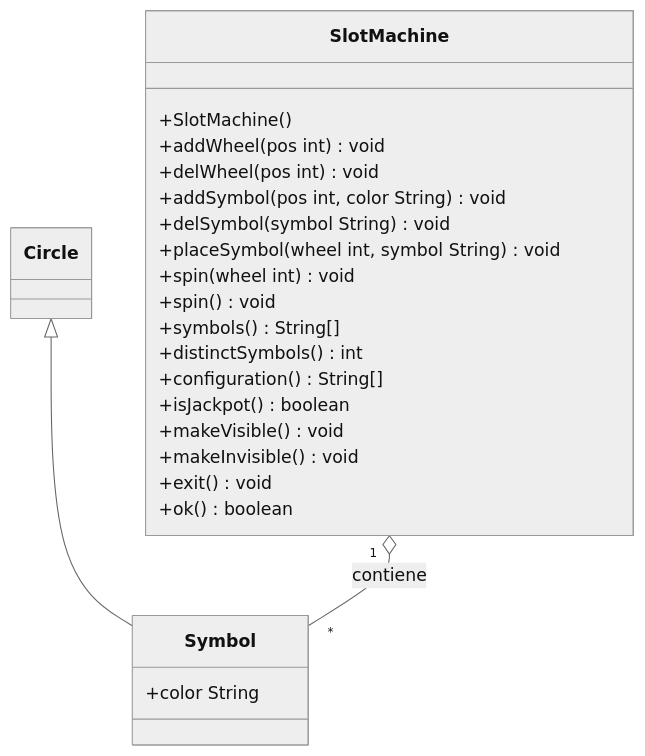
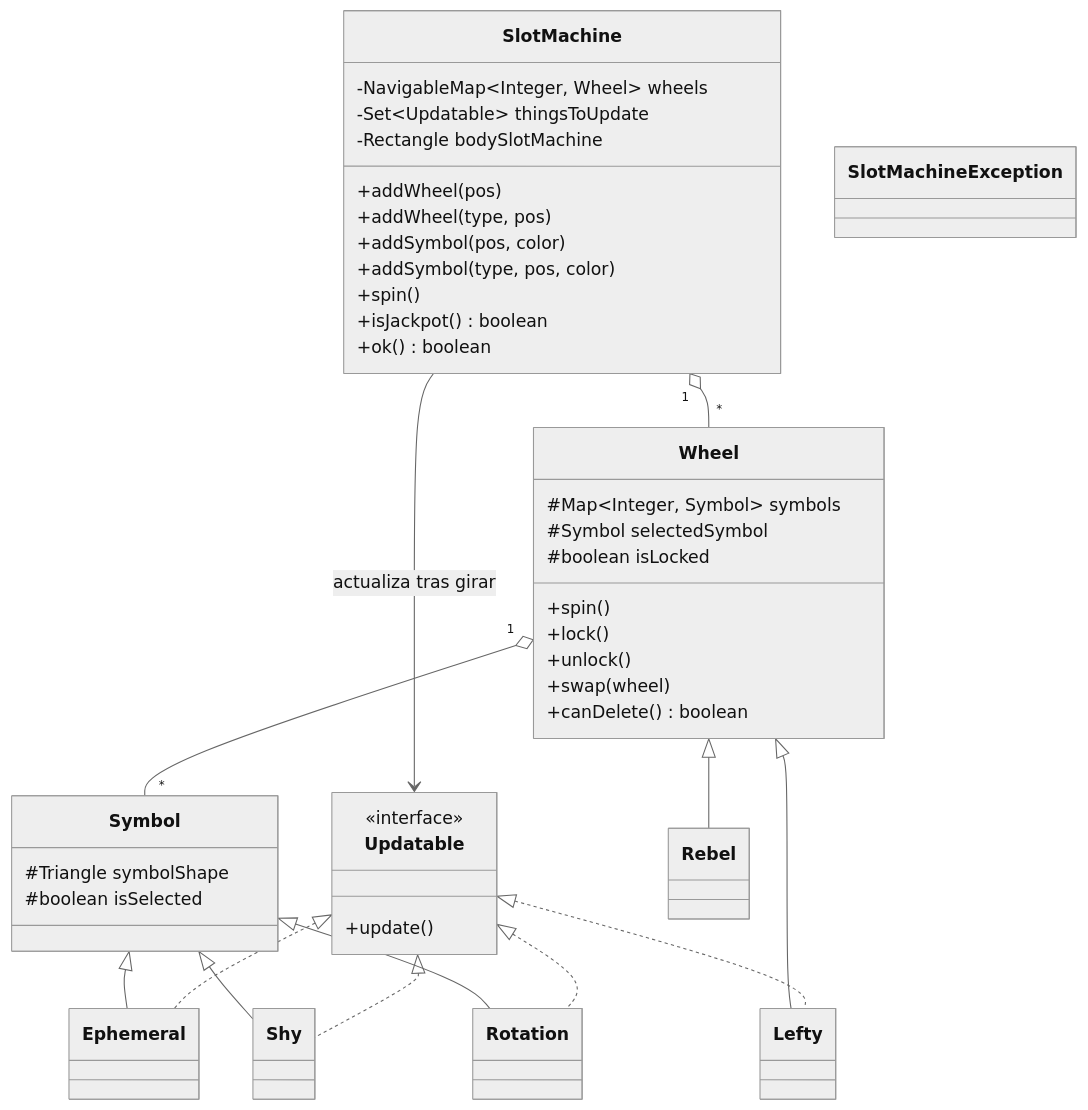
The diagram in README.md (SamuelVillagran/SlotMachine), drawn with Mermaid (neutral theme) before and after one commit. The commit also changed other lines of this file, not shown here.

First line of the commit message:
Revise README for SlotMachine project

````diff
--- a/README.md
+++ b/README.md
@@ -108,27 +76,52 @@
 ```mermaid
 classDiagram
     class SlotMachine {
-        +SlotMachine()
-        +addWheel(pos int) void
-        +delWheel(pos int) void
-        +addSymbol(pos int, color String) void
-        +delSymbol(symbol String) void
-        +placeSymbol(wheel int, symbol String) void
-        +spin(wheel int) void
-        +spin() void
-        +symbols() String[]
-        +distinctSymbols() int
-        +configuration() String[]
+        -NavigableMap~Integer, Wheel~ wheels
+        -Set~Updatable~ thingsToUpdate
+        -Rectangle bodySlotMachine
+        +addWheel(pos)
+        +addWheel(type, pos)
+        +addSymbol(pos, color)
+        +addSymbol(type, pos, color)
+        +spin()
         +isJackpot() boolean
-        +makeVisible() void
-        +makeInvisible() void
-        +exit() void
         +ok() boolean
     }
-    class Circle
+    class Wheel {
+        #Map~Integer, Symbol~ symbols
+        #Symbol selectedSymbol
+        #boolean isLocked
+        +spin()
+        +lock()
+        +unlock()
+        +swap(wheel)
+        +canDelete() boolean
+    }
     class Symbol {
-        +color String
+        #Triangle symbolShape
+        #boolean isSelected
     }
-    Circle <|-- Symbol
-    SlotMachine "1" o-- "*" Symbol : contiene
+    class Updatable {
+        <<interface>>
+        +update()
+    }
+    class Lefty
+    class Rebel
+    class Ephemeral
+    class Shy
+    class Rotation
+    class SlotMachineException
+
+    SlotMachine "1" o-- "*" Wheel
+    Wheel "1" o-- "*" Symbol
+    Wheel <|-- Lefty
+    Wheel <|-- Rebel
+    Symbol <|-- Ephemeral
+    Symbol <|-- Shy
+    Symbol <|-- Rotation
+    Updatable <|.. Lefty
+    Updatable <|.. Ephemeral
+    Updatable <|.. Shy
+    Updatable <|.. Rotation
+    SlotMachine --> Updatable : actualiza tras girar
 ```
````
